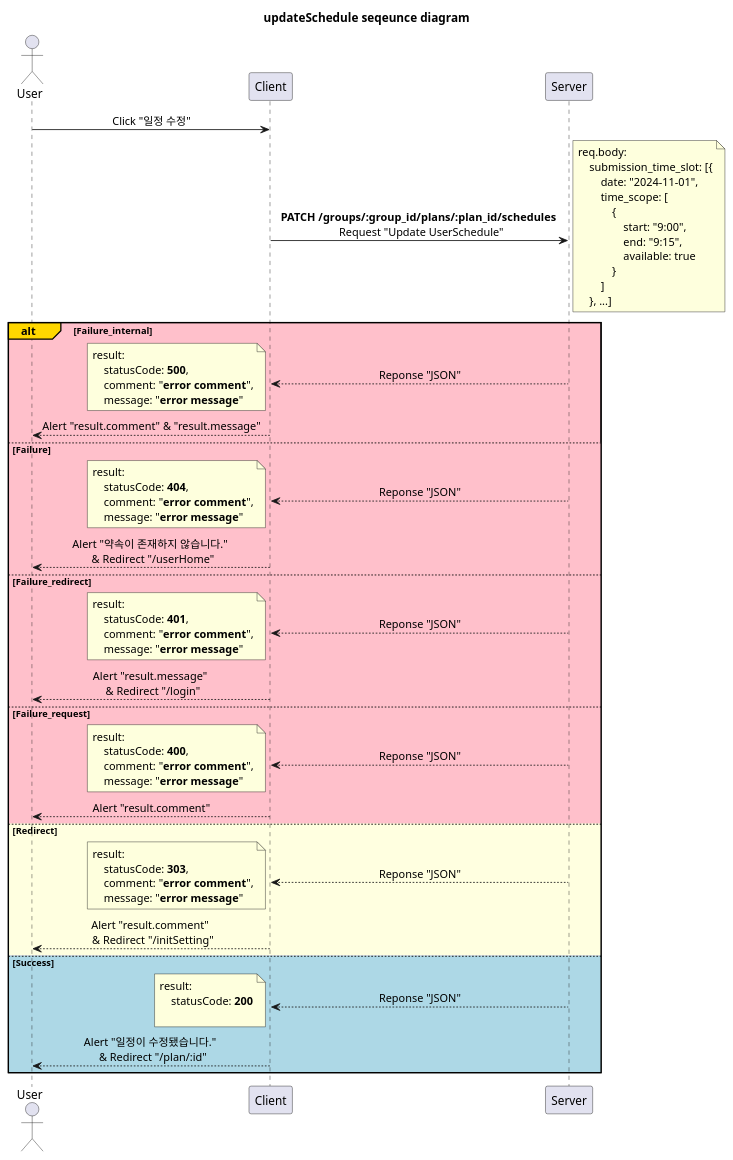
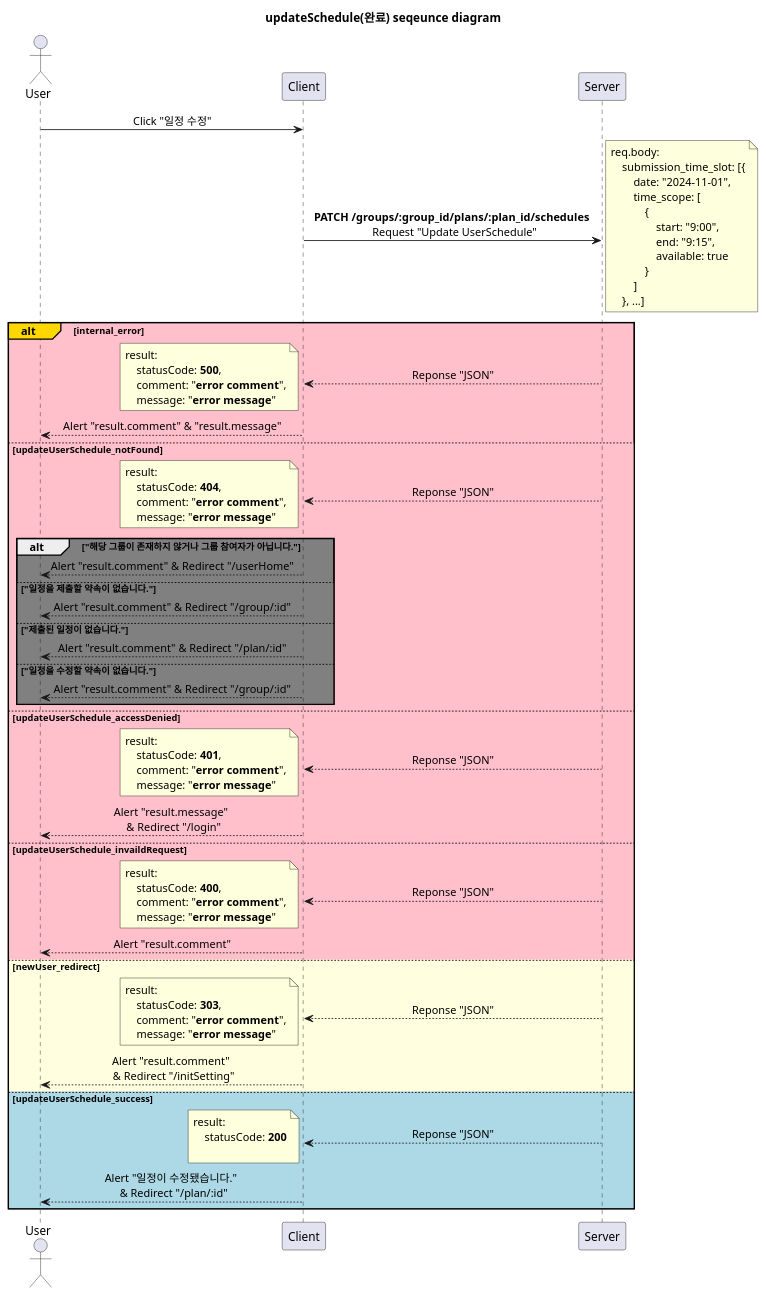
One commit to devSeungBin/SSCS changed the diagram in diagram/editSchedule_page/updateSchedule.puml. Above: the diagram before and after it, drawn with PlantUML. The commit also changed 19 other files, not shown here.

```diff
--- a/diagram/editSchedule_page/updateSchedule.puml
+++ b/diagram/editSchedule_page/updateSchedule.puml
@@ -1,89 +1,101 @@
-@startuml updateSchedule
+@startuml updateSchedule(완료)
 'http://localhost:3000/editSchedule
 
-title updateSchedule seqeunce diagram
+title updateSchedule(완료) seqeunce diagram
 
 skinparam SequenceMessageAlignment center
 
 participant Server order 30
 participant Client order 20
 actor User order 10
 
 User -> Client: Click "일정 수정"
 
 Client -> Server: **PATCH /groups/:group_id/plans/:plan_id/schedules** \n Request "Update UserSchedule"
 note right
     req.body:
         submission_time_slot: [{
             date: "2024-11-01",
             time_scope: [
                 {
                     start: "9:00",
                     end: "9:15",
                     available: true
                 }
             ]
         }, ...]
 end note
 
-alt#Gold #Pink Failure_internal
+alt#Gold #Pink internal_error
     Client <-- Server: Reponse "JSON"
     note left
         result:
             statusCode: **500**,
             comment: "**error comment**",
             message: "**error message**"
     end note
     User <-- Client: Alert "result.comment" & "result.message"
 
-else #Pink Failure
+else #Pink updateUserSchedule_notFound
     Client <-- Server: Reponse "JSON"
     note left
         result:
             statusCode: **404**,
             comment: "**error comment**",
             message: "**error message**"
     end note
-    User <-- Client: Alert "약속이 존재하지 않습니다." \n & Redirect "/userHome"
+    alt #Gray "해당 그룹이 존재하지 않거나 그룹 참여자가 아닙니다."
+        User <-- Client: Alert "result.comment" & Redirect "/userHome"
 
-else #Pink Failure_redirect
+    else #Gray "일정을 제출할 약속이 없습니다."
+        User <-- Client: Alert "result.comment" & Redirect "/group/:id"
+
+    else #Gray "제출된 일정이 없습니다."
+        User <-- Client: Alert "result.comment" & Redirect "/plan/:id"
+
+    else #Gray "일정을 수정할 약속이 없습니다."
+        User <-- Client: Alert "result.comment" & Redirect "/group/:id"
+
+    end
+
+else #Pink updateUserSchedule_accessDenied
     Client <-- Server: Reponse "JSON"
     note left
         result:
             statusCode: **401**,
             comment: "**error comment**",
             message: "**error message**"
     end note
     User <-- Client: Alert "result.message" \n & Redirect "/login"
 
-else #Pink Failure_request
+else #Pink updateUserSchedule_invaildRequest
     Client <-- Server: Reponse "JSON"
     note left
         result:
             statusCode: **400**,
             comment: "**error comment**",
             message: "**error message**"
     end note
     User <-- Client: Alert "result.comment"
 
-else #LightYellow Redirect
+else #LightYellow newUser_redirect
     Client <-- Server: Reponse "JSON"
     note left
         result:
             statusCode: **303**,
             comment: "**error comment**",
             message: "**error message**"
     end note
     User <-- Client: Alert "result.comment" \n & Redirect "/initSetting"
 
-else #LightBlue Success
+else #LightBlue updateUserSchedule_success
     Client <-- Server: Reponse "JSON"
     note left
         result:
             statusCode: **200**
 
     end note
     User <-- Client: Alert "일정이 수정됐습니다." \n & Redirect "/plan/:id"
 end
 
 @enduml
```
